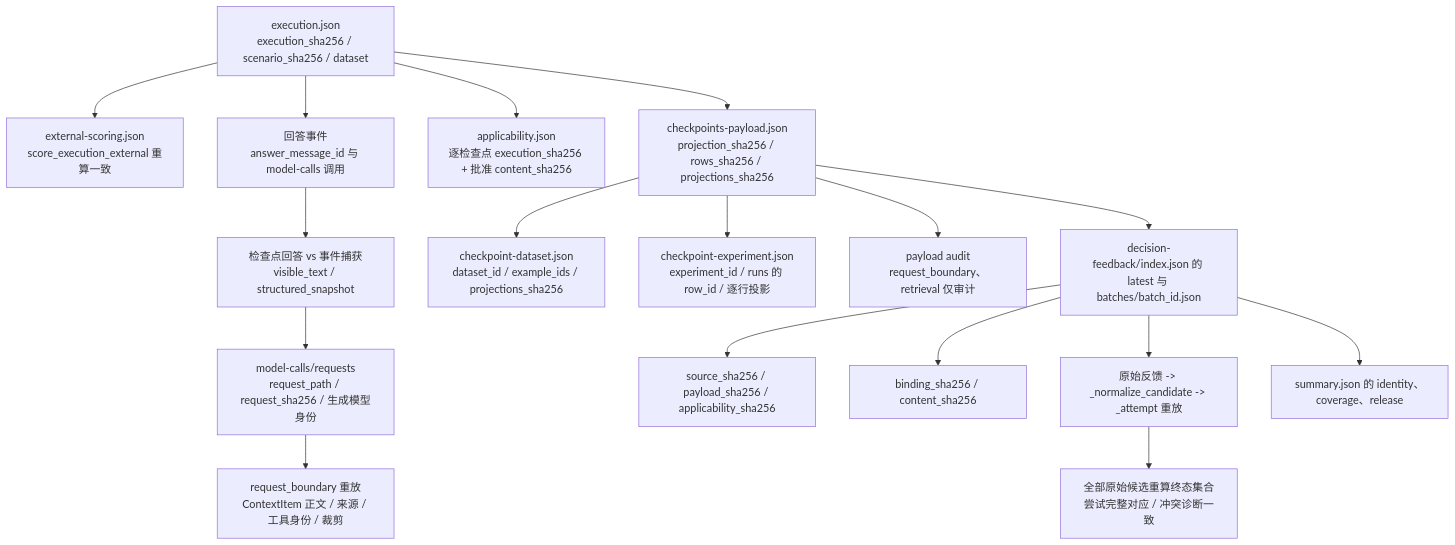
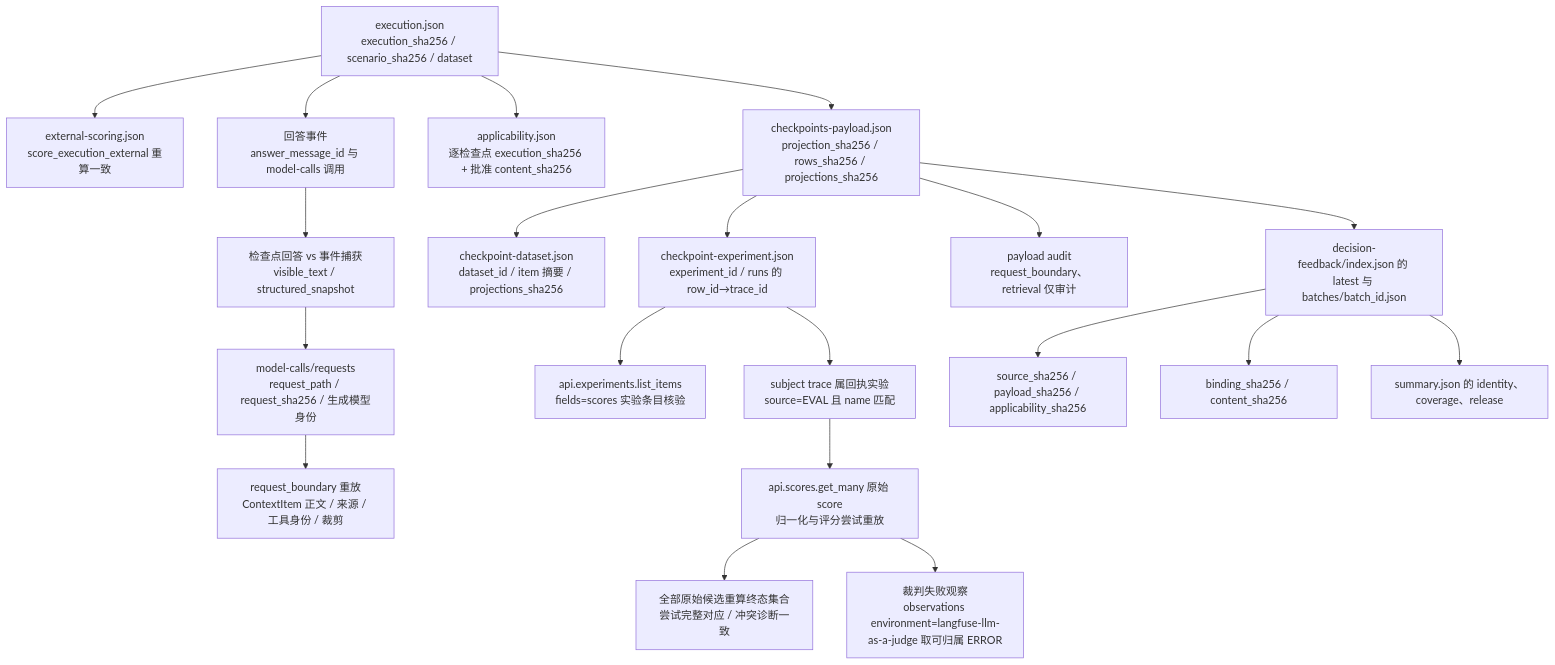
Before and after one commit to Fu3rte/Fit-Agent: the diagram in optimization/external-judge-operations.md, drawn with Mermaid. The commit also changed other lines of this file and 28 other files, not shown here.

````diff
--- a/optimization/external-judge-operations.md
+++ b/optimization/external-judge-operations.md
@@ -121,19 +121,22 @@
 ```mermaid
 flowchart TD
     E[execution.json<br/>execution_sha256 / scenario_sha256 / dataset] --> S[external-scoring.json<br/>score_execution_external 重算一致]
     E --> C[回答事件<br/>answer_message_id 与 model-calls 调用]
     C --> V[检查点回答 vs 事件捕获<br/>visible_text / structured_snapshot]
     V --> Q[model-calls/requests<br/>request_path / request_sha256 / 生成模型身份]
     Q --> R[request_boundary 重放<br/>ContextItem 正文 / 来源 / 工具身份 / 裁剪]
     E --> A[applicability.json<br/>逐检查点 execution_sha256 + 批准 content_sha256]
     E --> P[checkpoints-payload.json<br/>projection_sha256 / rows_sha256 / projections_sha256]
-    P --> D[checkpoint-dataset.json<br/>dataset_id / example_ids / projections_sha256]
-    P --> X[checkpoint-experiment.json<br/>experiment_id / runs 的 row_id / 逐行投影]
+    P --> D[checkpoint-dataset.json<br/>dataset_id / item 摘要 / projections_sha256]
+    P --> X[checkpoint-experiment.json<br/>experiment_id / runs 的 row_id→trace_id]
+    X --> XI[api.experiments.list_items<br/>fields=scores 实验条目核验]
     P --> B[payload audit<br/>request_boundary、retrieval 仅审计]
     P --> I[decision-feedback/index.json 的 latest 与 batches/batch_id.json]
     I --> F[source_sha256 / payload_sha256 / applicability_sha256]
     I --> G[binding_sha256 / content_sha256]
-    I --> H[原始反馈 -> _normalize_candidate -> _attempt 重放]
+    X --> H2[subject trace 属回执实验<br/>source=EVAL 且 name 匹配]
+    H2 --> H[api.scores.get_many 原始 score<br/>归一化与评分尝试重放]
     H --> Y[全部原始候选重算终态集合<br/>尝试完整对应 / 冲突诊断一致]
+    H --> W[裁判失败观察<br/>observations environment=langfuse-llm-as-a-judge 取可归属 ERROR]
     I --> M[summary.json 的 identity、coverage、release]
 ```
````
